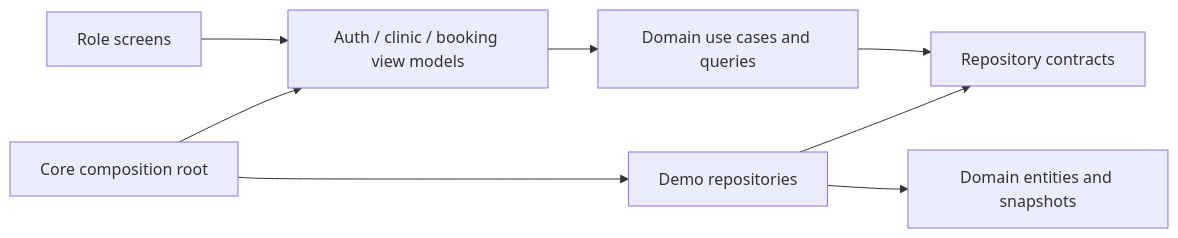
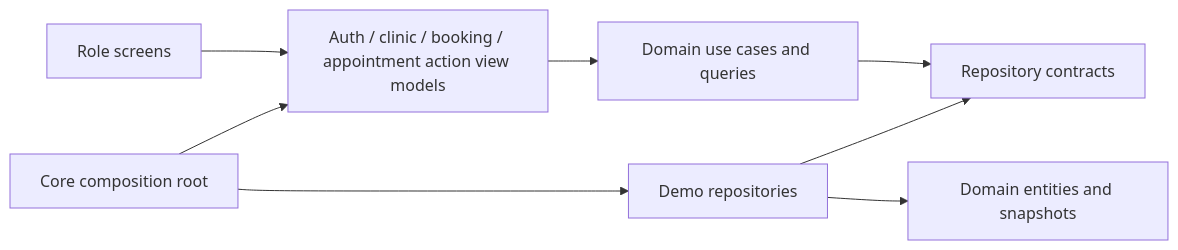
Before and after one commit to mmbayoumitaha/MediFlow-Pro-Smart-Clinic-Manager: the diagram in docs/ARCHITECTURE.md, drawn with Mermaid. The commit also changed other lines of this file and 29 other files, not shown here.

````diff
--- a/docs/ARCHITECTURE.md
+++ b/docs/ARCHITECTURE.md
@@ -5,10 +5,10 @@
 ```mermaid
 flowchart LR
-  View[Role screens] --> VM[Auth / clinic / booking view models]
+  View[Role screens] --> VM[Auth / clinic / booking / appointment action view models]
   VM --> UC[Domain use cases and queries]
   UC --> Contract[Repository contracts]
   Adapter[Demo repositories] --> Contract
   Adapter --> Entity[Domain entities and snapshots]
   Root[Core composition root] --> Adapter
   Root --> VM
 ```
````
